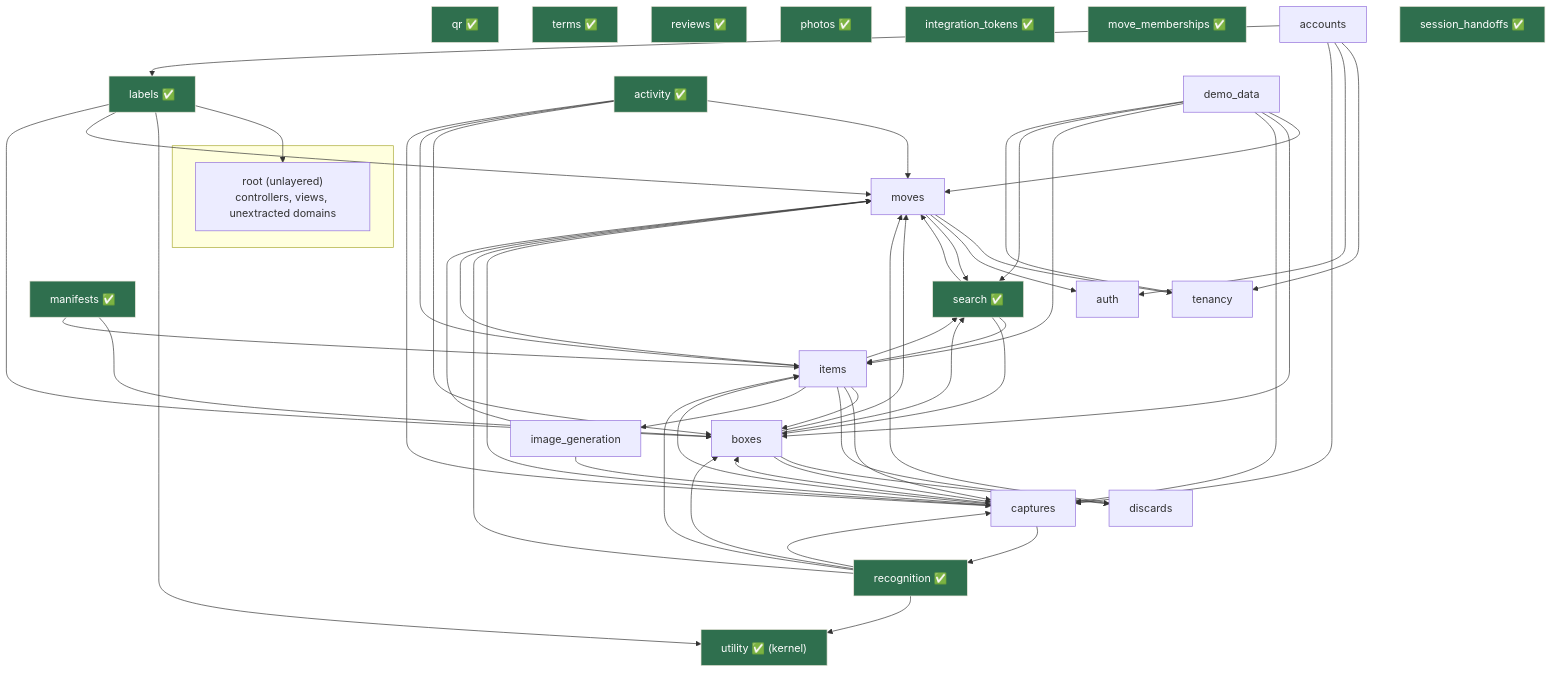
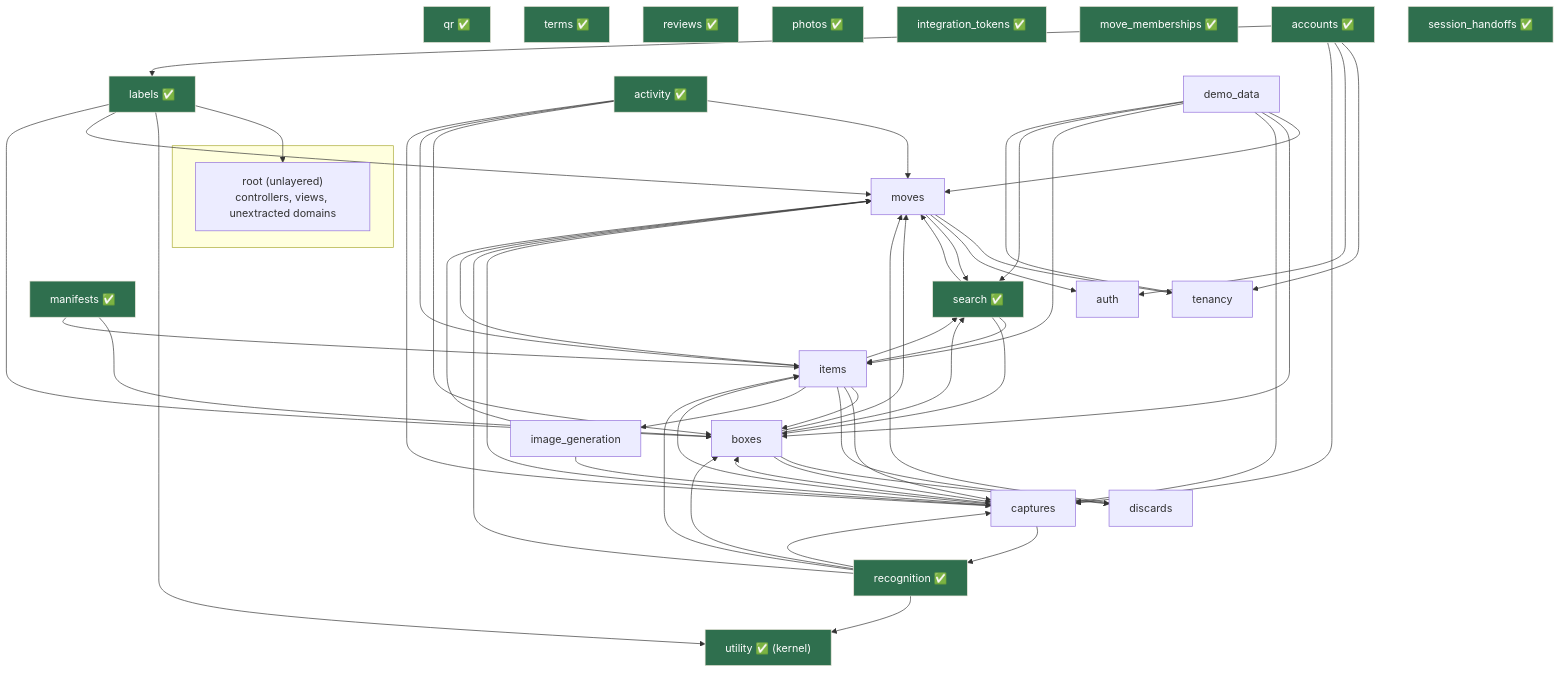
Before and after one commit to joel/move: the diagram in doc/project/packwerk-boundaries.md, drawn with Mermaid. The commit also changed 3 other files, not shown here.

Commit message:
docs(packwerk): mark accounts extracted (+ regen diagrams)

````diff
--- a/doc/project/packwerk-boundaries.md
+++ b/doc/project/packwerk-boundaries.md
@@ -154,48 +154,48 @@
 ```mermaid
 graph TD
     subgraph application [" "]
       root["root (unlayered)<br/>controllers, views, unextracted domains"]
     end
 
     labels["labels ✅"]
     utility["utility ✅ (kernel)"]
     boxes["boxes"]
     items["items"]
     moves["moves"]
     captures["captures"]
     recognition["recognition ✅"]
     search["search ✅"]
     image_gen["image_generation"]
     activity["activity ✅"]
     qr["qr ✅"]
     terms["terms ✅"]
     reviews["reviews ✅"]
     photos["photos ✅"]
     integration_tokens["integration_tokens ✅"]
     move_memberships["move_memberships ✅"]
     manifests["manifests ✅"]
     discards["discards"]
-    accounts["accounts"]
+    accounts["accounts ✅"]
     demo["demo_data"]
     tenancy["tenancy"]
     session_handoffs["session_handoffs ✅"]
     auth["auth"]
 
     labels --> root & utility
     boxes --> moves & discards & search & captures
     items --> boxes & moves & captures & discards & image_gen & search
     captures --> moves & boxes & items & recognition
     recognition --> moves & boxes & items & captures & utility
     search --> moves & items & boxes
     moves --> tenancy & auth & search
     image_gen --> moves & captures
     activity --> moves & boxes & items & captures
     manifests --> boxes & items
     labels --> moves & boxes
     accounts --> tenancy & auth & captures & labels
     demo --> moves & boxes & captures & items & search & tenancy
     discards --> moves
 
     classDef done fill:#2f6f4e,stroke:#ECE7DC,color:#fff;
-    class labels,utility,manifests,search,recognition,activity,qr,terms,reviews,photos,integration_tokens,move_memberships,session_handoffs done;
+    class labels,utility,manifests,search,recognition,activity,qr,terms,reviews,photos,integration_tokens,move_memberships,session_handoffs,accounts done;
 ```
````
